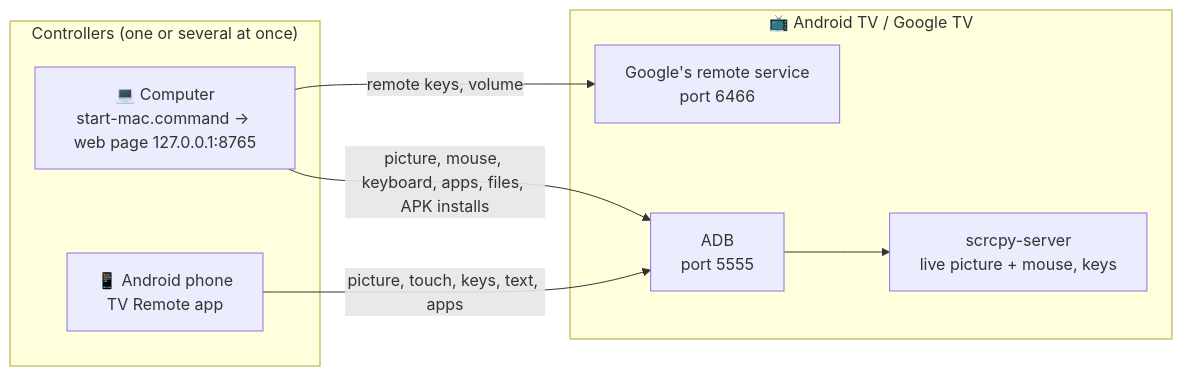
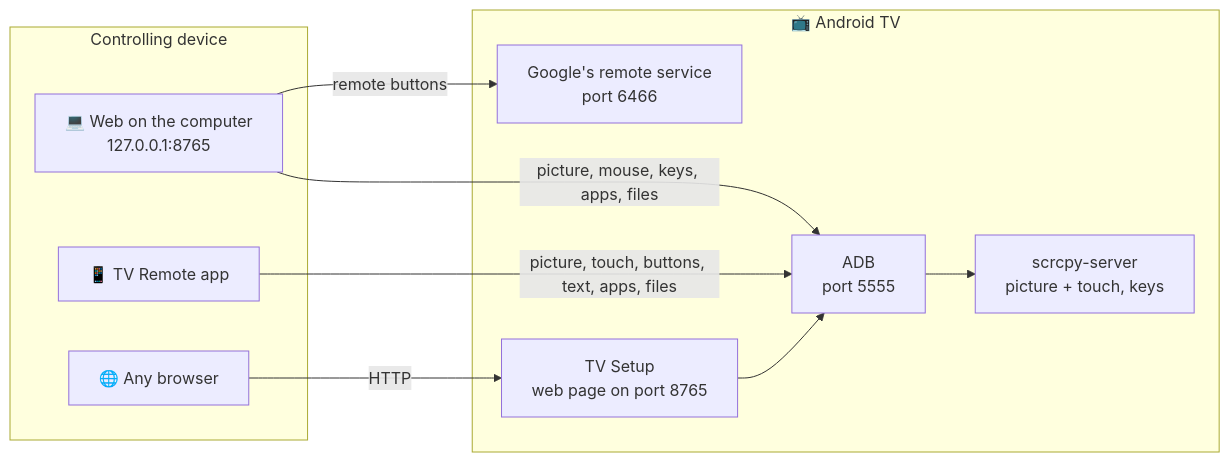
The diagram in README.en.md (9000000/tv-remote), drawn with Mermaid before and after one commit. The commit also changed other lines of this file and 48 other files, not shown here.

First line of the commit message:
New control layout, More keys, shared app icons, Optimize TV in the phone app, lighter on the TV's memory (2.5.5)

````diff
--- a/README.en.md
+++ b/README.en.md
@@ -23,16 +158,20 @@
 ```mermaid
 flowchart LR
-    subgraph C["Controllers (one or several at once)"]
-        PC["💻 Computer<br/>start-mac.command → web page 127.0.0.1:8765"]
-        PH["📱 Android phone<br/>TV Remote app"]
+    subgraph C["Controlling device"]
+        PC["💻 Web on the computer<br/>127.0.0.1:8765"]
+        PH["📱 TV Remote app"]
+        BR["🌐 Any browser"]
     end
-    subgraph T["📺 Android TV / Google TV"]
+    subgraph T["📺 Android TV"]
         R["Google's remote service<br/>port 6466"]
         A["ADB<br/>port 5555"]
-        S["scrcpy-server<br/>live picture + mouse, keys"]
+        S["scrcpy-server<br/>picture + touch, keys"]
+        W["TV Setup<br/>web page on port 8765"]
         A --> S
+        W --> A
     end
-    PC -- "remote keys, volume" --> R
-    PC -- "picture, mouse, keyboard, apps, files, APK installs" --> A
-    PH -- "picture, touch, keys, text, apps" --> A
+    PC -- "remote buttons" --> R
+    PC -- "picture, mouse, keys, apps, files" --> A
+    PH -- "picture, touch, buttons, text, apps, files" --> A
+    BR -- "HTTP" --> W
 ```
````
